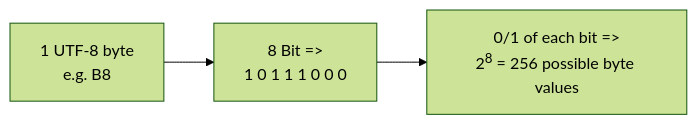
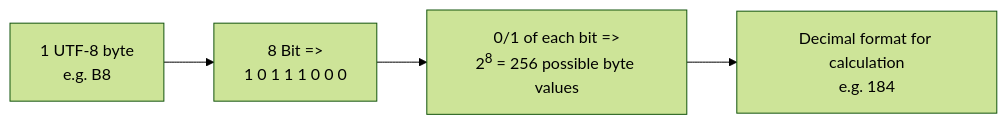
The third of 3 diagrams in README.md (ChrisZhu2050/chriszhu2050.github.io), drawn with Mermaid (forest theme) before and after one commit.

````diff
--- a/README.md
+++ b/README.md
@@ -60,7 +60,8 @@
         ```mermaid
           graph LR
               A["`1 UTF-8 byte
               e.g. B8`"] --> B["8 Bit => 
               1 0 1 1 1 0 0 0"] --> C["`0/1 of each bit =>
-              2<sup>8</sup> = 256 possible byte values`"]
+              2<sup>8</sup> = 256 possible byte values`"] --> D["`Decimal format for calculation
+              e.g. 184`"]
         ```
````
